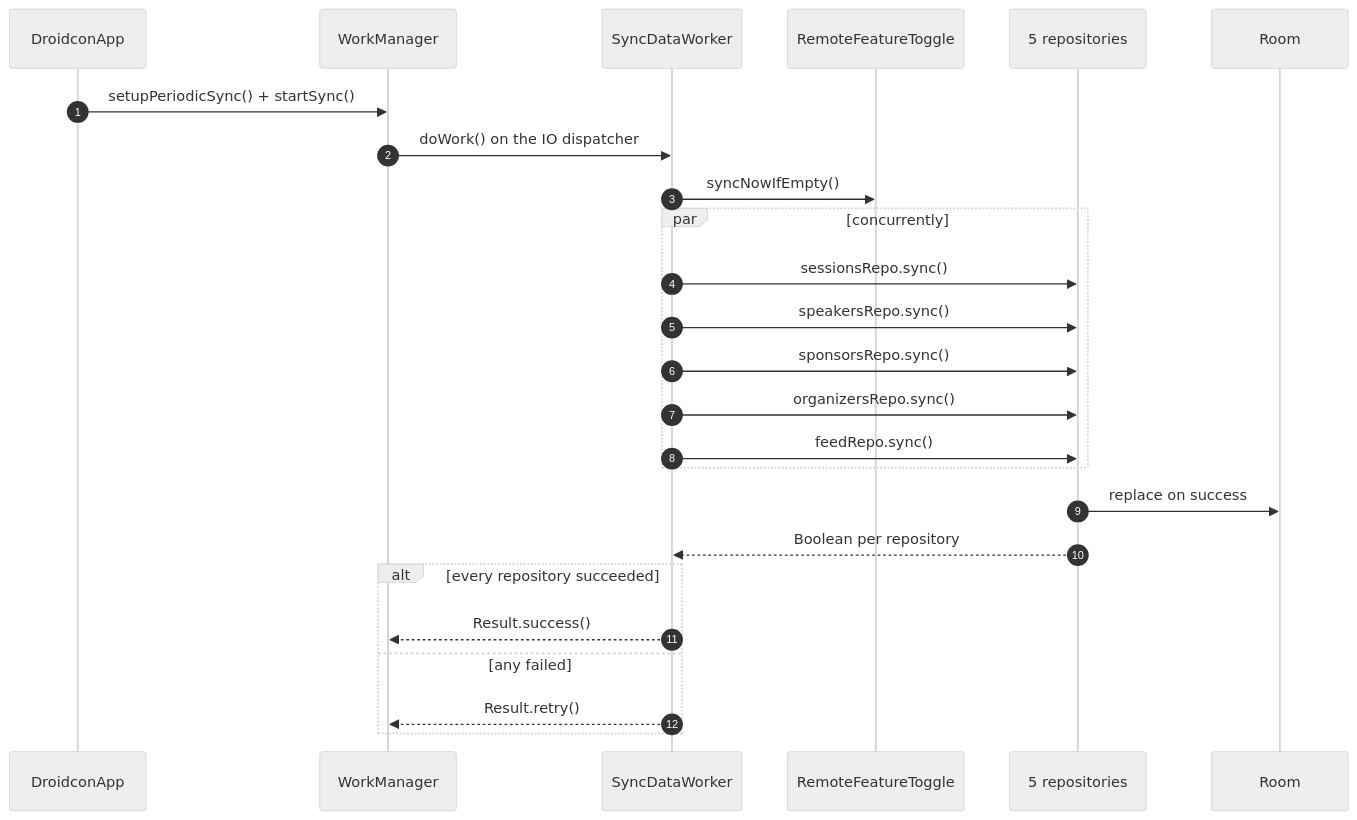
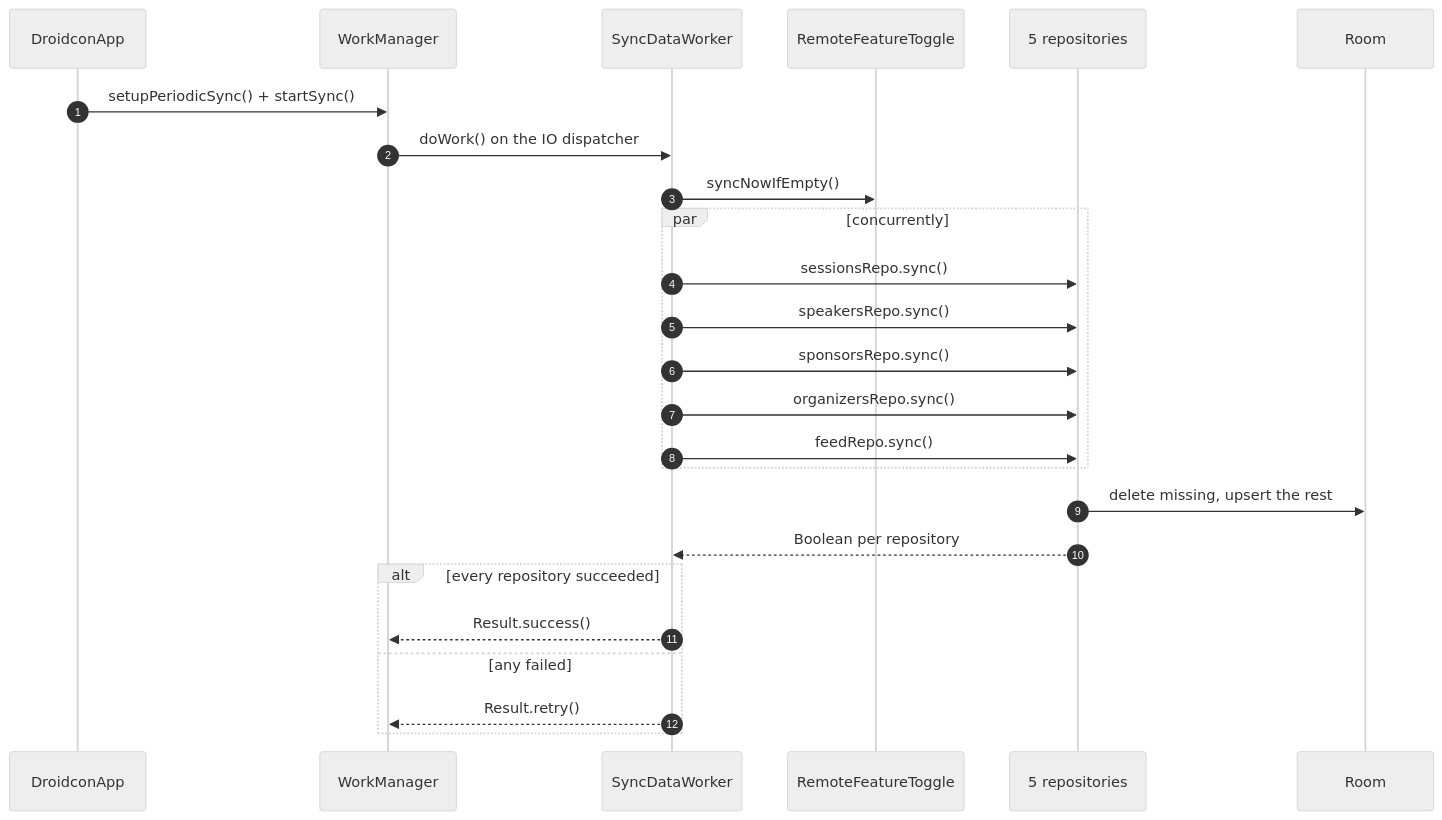
Before and after one commit to droidconKE/droidconKeKotlin: the third of 3 diagrams in docs/architecture.md, drawn with Mermaid (neutral theme). The commit also changed other lines of this file and 28 other files, not shown here.

````diff
--- a/docs/architecture.md
+++ b/docs/architecture.md
@@ -147,28 +147,28 @@
 ```mermaid
 sequenceDiagram
     autonumber
     participant App as DroidconApp
     participant WM as WorkManager
     participant W as SyncDataWorker
     participant RC as RemoteFeatureToggle
     participant R as 5 repositories
     participant DB as Room
 
     App->>WM: setupPeriodicSync() + startSync()
     WM->>W: doWork() on the IO dispatcher
     W->>RC: syncNowIfEmpty()
     par concurrently
         W->>R: sessionsRepo.sync()
         W->>R: speakersRepo.sync()
         W->>R: sponsorsRepo.sync()
         W->>R: organizersRepo.sync()
         W->>R: feedRepo.sync()
     end
-    R->>DB: replace on success
+    R->>DB: delete missing, upsert the rest
     R-->>W: Boolean per repository
     alt every repository succeeded
         W-->>WM: Result.success()
     else any failed
         W-->>WM: Result.retry()
     end
 ```
````
